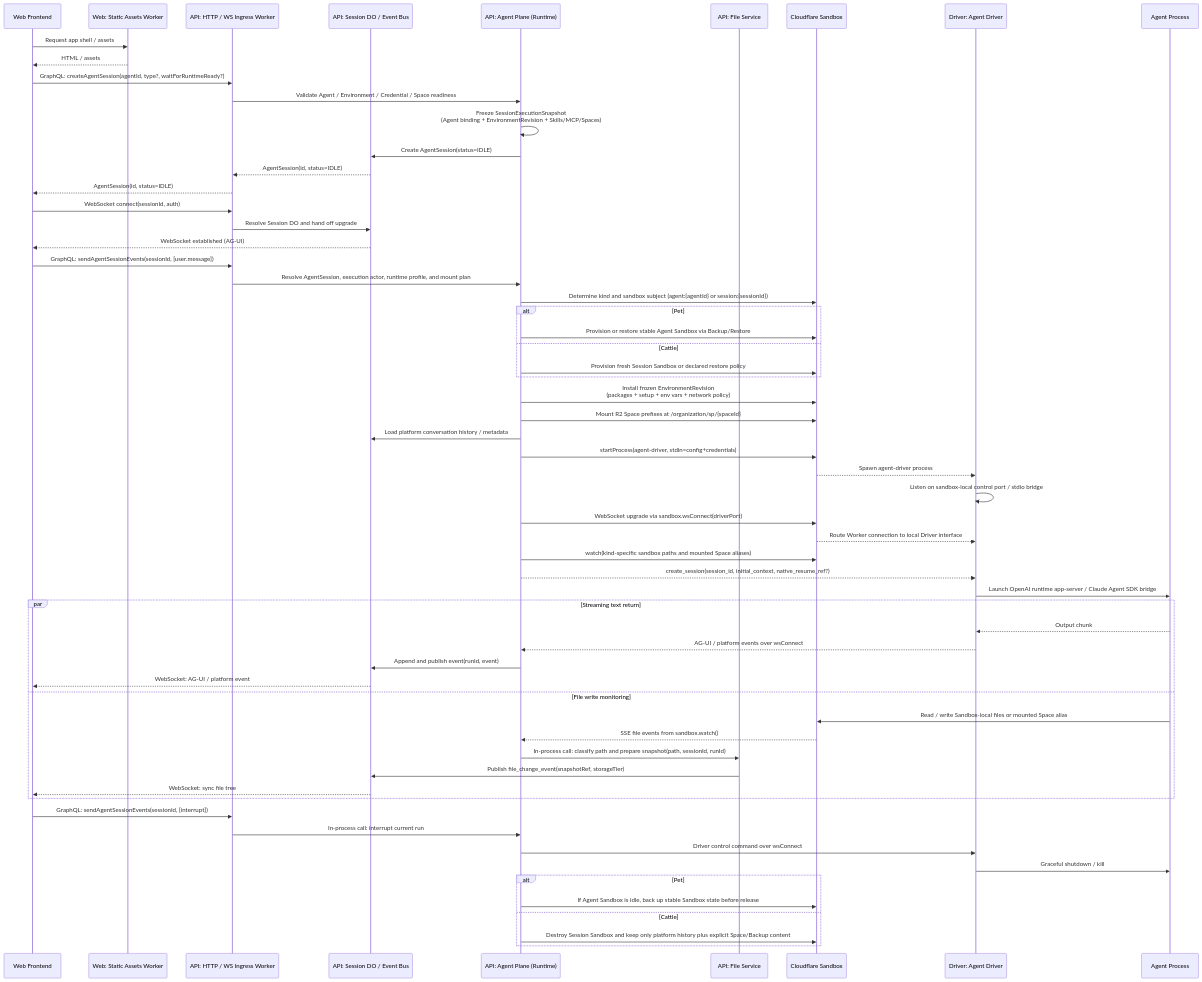
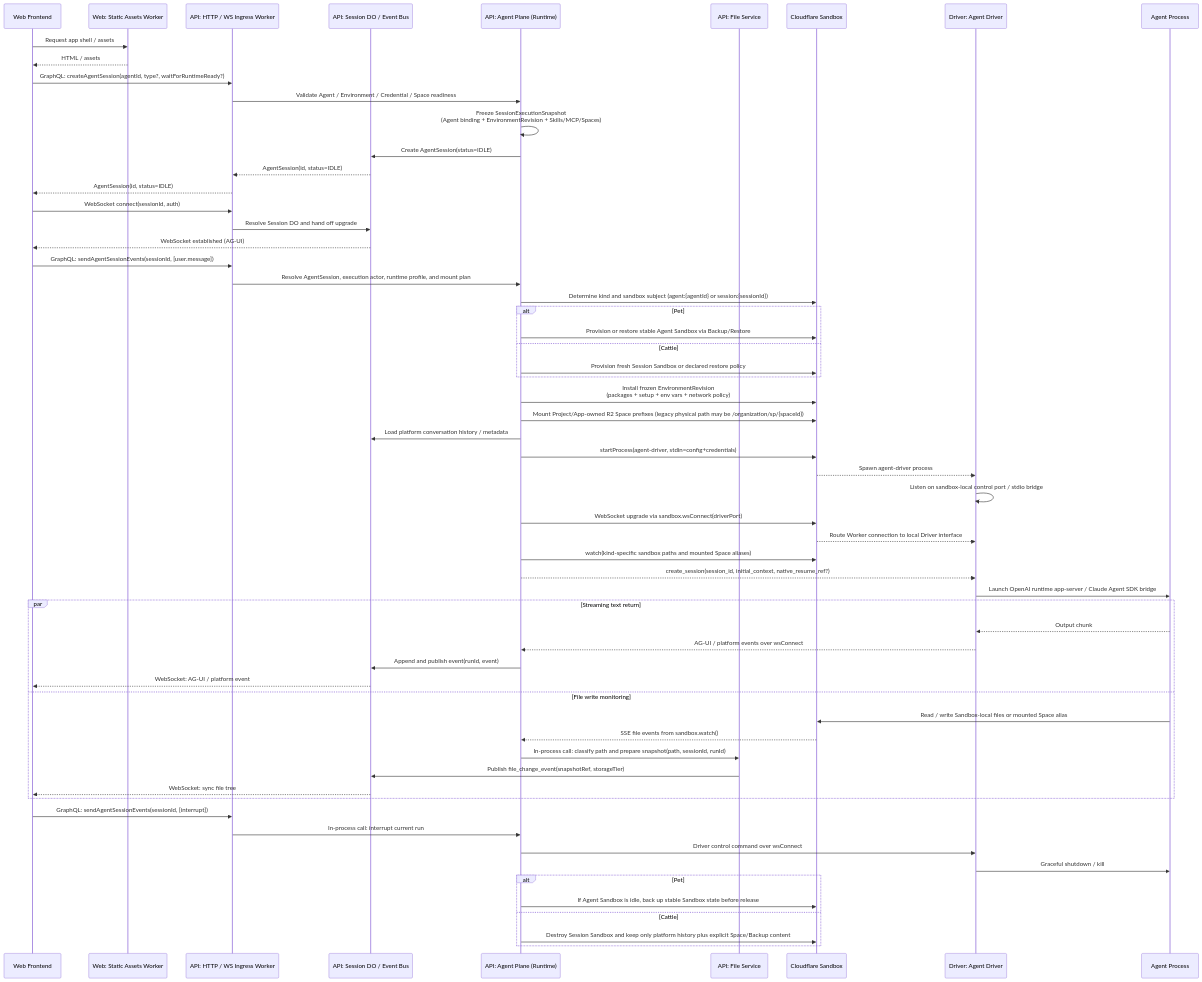
The third of 3 diagrams in dev/architecture.md (langgenius/mosoo), drawn with Mermaid before and after one commit. The commit also changed other lines of this file and 5 other files, not shown here.

````diff
--- a/dev/architecture.md
+++ b/dev/architecture.md
@@ -271,72 +271,72 @@
 ```mermaid
 sequenceDiagram
     participant Client as Web Frontend
     participant Web as Web: Static Assets Worker
     participant Ingress as API: HTTP / WS Ingress Worker
     participant Session as API: Session DO / Event Bus
     participant AS as API: Agent Plane (Runtime)
     participant FS as API: File Service
     participant Sandbox as Cloudflare Sandbox
     participant Driver as Driver: Agent Driver
     participant AgentProc as Agent Process
 
     Client->>Web: Request app shell / assets
     Web-->>Client: HTML / assets
 
     Client->>Ingress: GraphQL: createAgentSession(agentId, type?, waitForRuntimeReady?)
     Ingress->>AS: Validate Agent / Environment / Credential / Space readiness
     AS->>AS: Freeze SessionExecutionSnapshot<br/>(Agent binding + EnvironmentRevision + Skills/MCP/Spaces)
     AS->>Session: Create AgentSession(status=IDLE)
     Session-->>Ingress: AgentSession(id, status=IDLE)
     Ingress-->>Client: AgentSession(id, status=IDLE)
 
     Client->>Ingress: WebSocket connect(sessionId, auth)
     Ingress->>Session: Resolve Session DO and hand off upgrade
     Session-->>Client: WebSocket established (AG-UI)
 
     Client->>Ingress: GraphQL: sendAgentSessionEvents(sessionId, [user.message])
     Ingress->>AS: Resolve AgentSession, execution actor, runtime profile, and mount plan
 
     AS->>Sandbox: Determine kind and sandbox subject (agent:{agentId} or session:{sessionId})
     alt Pet
         AS->>Sandbox: Provision or restore stable Agent Sandbox via Backup/Restore
     else Cattle
         AS->>Sandbox: Provision fresh Session Sandbox or declared restore policy
     end
     AS->>Sandbox: Install frozen EnvironmentRevision<br/>(packages + setup + env vars + network policy)
-    AS->>Sandbox: Mount R2 Space prefixes at /organization/sp/{spaceId}
+    AS->>Sandbox: Mount Project/App-owned R2 Space prefixes (legacy physical path may be /organization/sp/{spaceId})
     AS->>Session: Load platform conversation history / metadata
     AS->>Sandbox: startProcess(agent-driver, stdin=config+credentials)
     Sandbox-->>Driver: Spawn agent-driver process
     Driver->>Driver: Listen on sandbox-local control port / stdio bridge
     AS->>Sandbox: WebSocket upgrade via sandbox.wsConnect(driverPort)
     Sandbox-->>Driver: Route Worker connection to local Driver interface
     AS->>Sandbox: watch(kind-specific sandbox paths and mounted Space aliases)
 
     AS-->>Driver: create_session(session_id, initial_context, native_resume_ref?)
 
     Driver->>AgentProc: Launch OpenAI runtime app-server / Claude Agent SDK bridge
 
     par Streaming text return
         AgentProc-->>Driver: Output chunk
         Driver-->>AS: AG-UI / platform events over wsConnect
         AS->>Session: Append and publish event(runId, event)
         Session-->>Client: WebSocket: AG-UI / platform event
     and File write monitoring
         AgentProc->>Sandbox: Read / write Sandbox-local files or mounted Space alias
         Sandbox-->>AS: SSE file events from sandbox.watch()
         AS->>FS: In-process call: classify path and prepare snapshot(path, sessionId, runId)
         FS->>Session: Publish file_change_event(snapshotRef, storageTier)
         Session-->>Client: WebSocket: sync file tree
     end
 
     Client->>Ingress: GraphQL: sendAgentSessionEvents(sessionId, [interrupt])
     Ingress->>AS: In-process call: interrupt current run
     AS->>Driver: Driver control command over wsConnect
     Driver->>AgentProc: Graceful shutdown / kill
     alt Pet
         AS->>Sandbox: If Agent Sandbox is idle, back up stable Sandbox state before release
     else Cattle
         AS->>Sandbox: Destroy Session Sandbox and keep only platform history plus explicit Space/Backup content
     end
 ```
````
